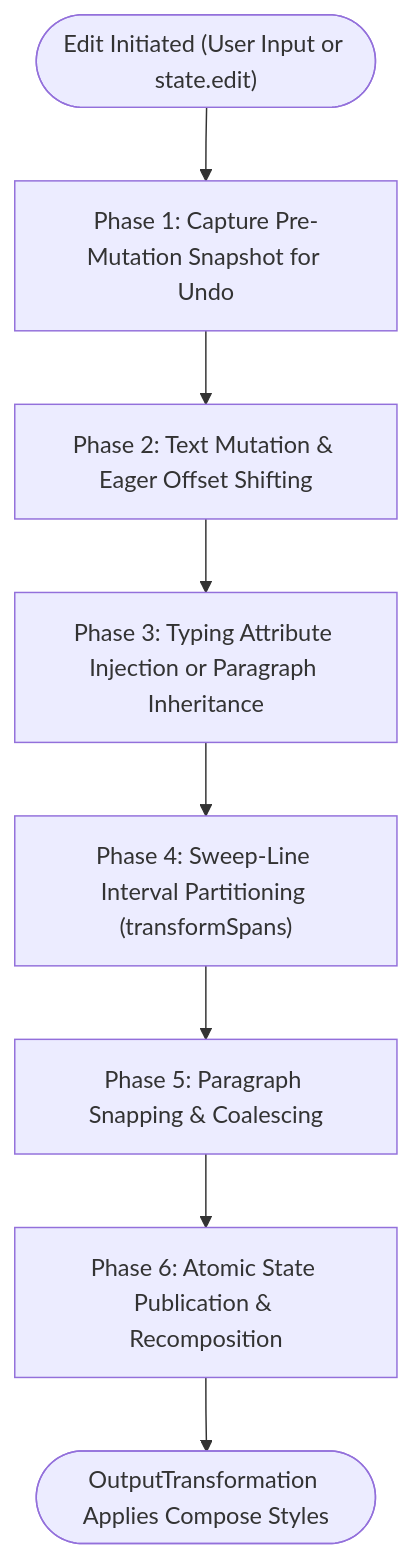
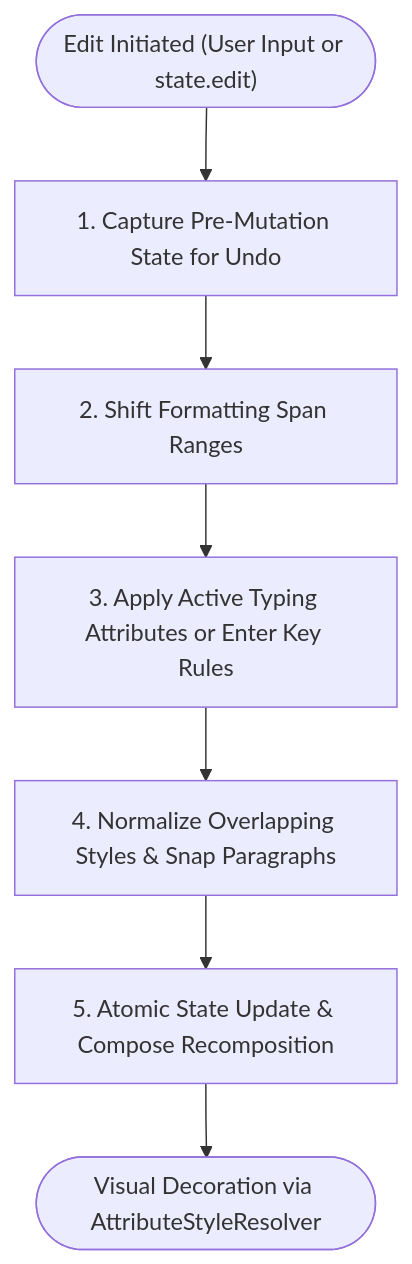
Before and after one commit to mkeeda/arranger: the second of 2 diagrams in docs/architecture/state-lifecycle.md, drawn with Mermaid. The commit also changed other lines of this file and 1 other file, not shown here.

Commit message:
docs(architecture): refocus architecture guides on conceptual model and library usage

````diff
--- a/docs/architecture/state-lifecycle.md
+++ b/docs/architecture/state-lifecycle.md
@@ -77,10 +65,9 @@
 ```mermaid
 flowchart TD
-    Start(["Edit Initiated (User Input or state.edit)"]) --> P1["Phase 1: Capture Pre-Mutation Snapshot for Undo"]
-    P1 --> P2["Phase 2: Text Mutation & Eager Offset Shifting"]
-    P2 --> P3["Phase 3: Typing Attribute Injection or Paragraph Inheritance"]
-    P3 --> P4["Phase 4: Sweep-Line Interval Partitioning (transformSpans)"]
-    P4 --> P5["Phase 5: Paragraph Snapping & Coalescing"]
-    P5 --> P6["Phase 6: Atomic State Publication & Recomposition"]
-    P6 --> Finish(["OutputTransformation Applies Compose Styles"])
+    Start(["Edit Initiated (User Input or state.edit)"]) --> P1["1. Capture Pre-Mutation State for Undo"]
+    P1 --> P2["2. Shift Formatting Span Ranges"]
+    P2 --> P3["3. Apply Active Typing Attributes or Enter Key Rules"]
+    P3 --> P4["4. Normalize Overlapping Styles & Snap Paragraphs"]
+    P4 --> P5["5. Atomic State Update & Compose Recomposition"]
+    P5 --> Finish(["Visual Decoration via AttributeStyleResolver"])
 ```
````
